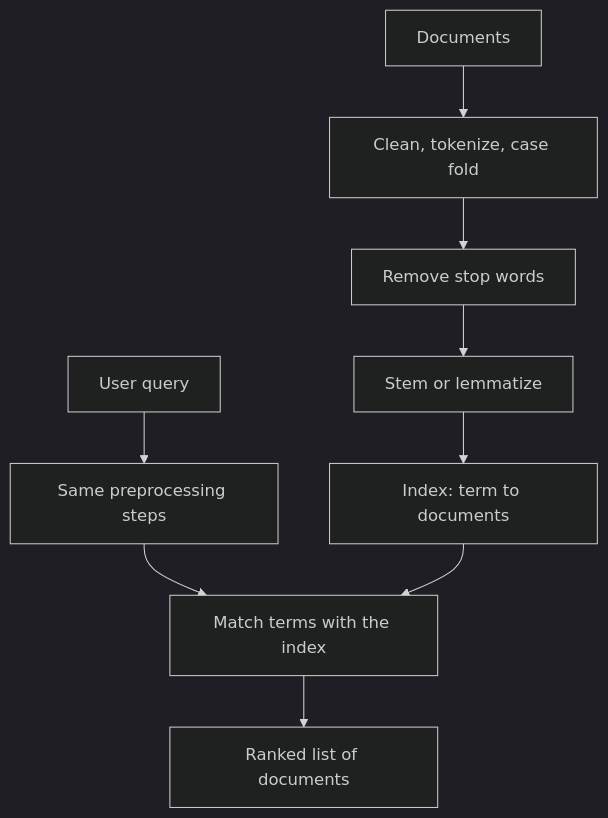
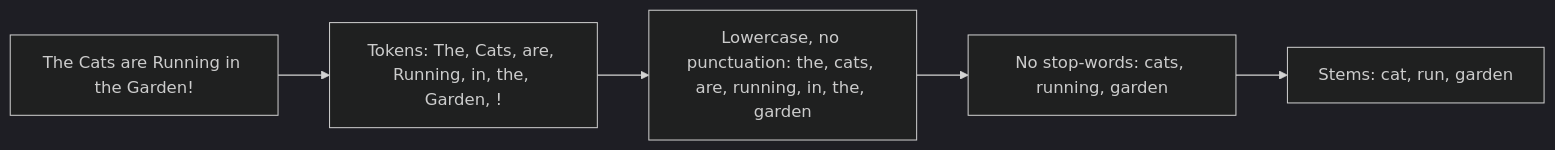
Before and after one commit to TrendySloth1001/sem-seven-notes: the second of 3 diagrams in content/natural-language-processing/notes/text-preprocessing.mdx, drawn with Mermaid (dark theme). The commit also changed other lines of this file and 406 other files, not shown here.

````diff
--- a/content/natural-language-processing/notes/text-preprocessing.mdx
+++ b/content/natural-language-processing/notes/text-preprocessing.mdx
@@ -130,12 +104,8 @@
 ```mermaid
-%% caption: Preprocessing in an information retrieval system. Documents and the user query follow the same normalisation steps, so the terms in the query match the terms in the index.
-flowchart TD
-  D["Documents"] --> P1["Clean, tokenize, case fold"]
-  P1 --> P2["Remove stop words"]
-  P2 --> P3["Stem or lemmatize"]
-  P3 --> I["Index: term to documents"]
-  Q["User query"] --> Q1["Same preprocessing steps"]
-  Q1 --> M["Match terms with the index"]
-  I --> M
-  M --> R["Ranked list of documents"]
+%% caption: The same sentence shrinking at each step. Seven tokens with noise become three clean stems.
+flowchart LR
+  A["The Cats are Running in the Garden!"] --> B["Tokens: The, Cats, are, Running, in, the, Garden, !"]
+  B --> C["Lowercase, no punctuation: the, cats, are, running, in, the, garden"]
+  C --> D["No stop-words: cats, running, garden"]
+  D --> E["Stems: cat, run, garden"]
 ```
````
